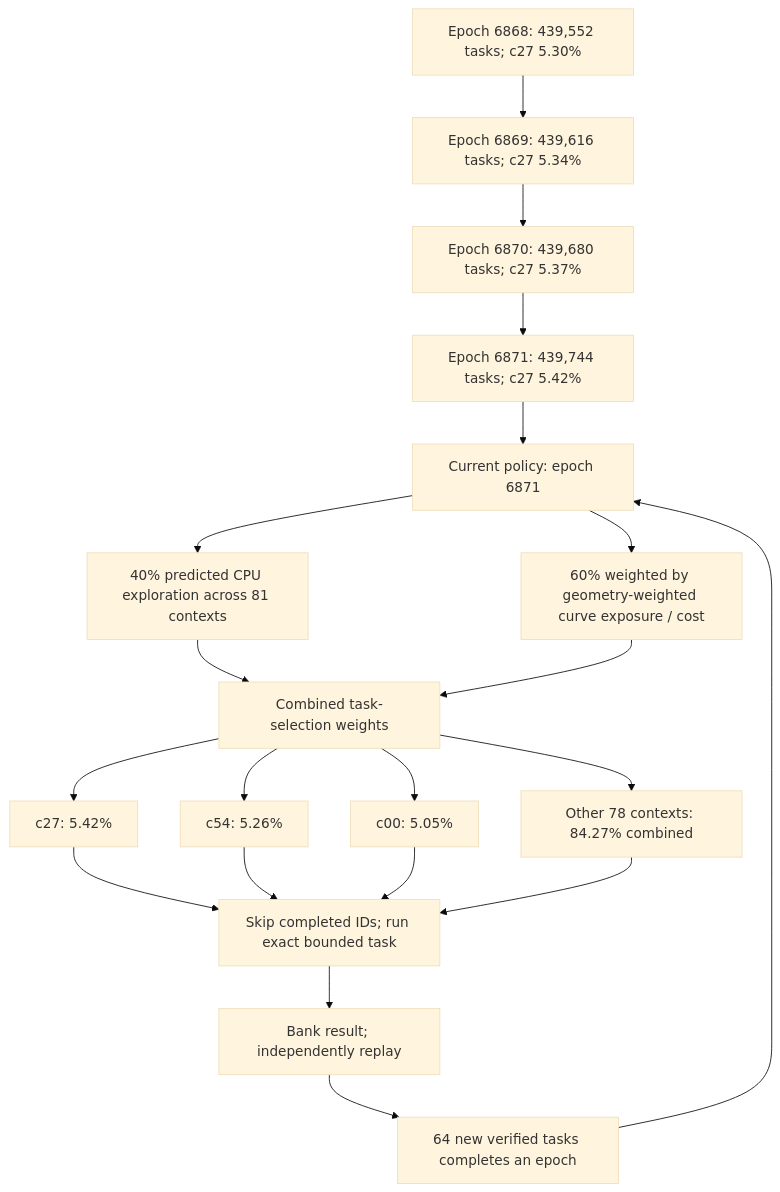
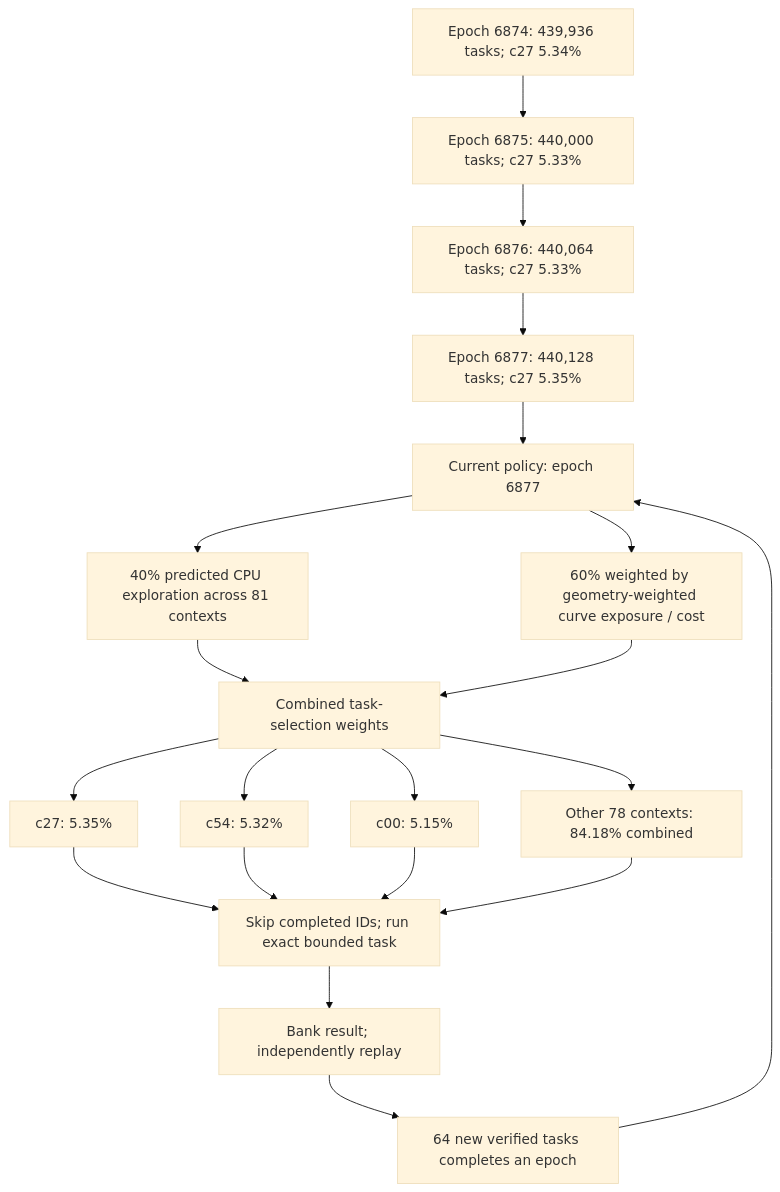
The first of 4 diagrams in README.md (Kuberwastaken/math-gambling), drawn with Mermaid (base theme) before and after one commit. The commit also changed other lines of this file and 1414 other files, not shown here.

````diff
--- a/README.md
+++ b/README.md
@@ -60,27 +60,27 @@
 ```mermaid
 flowchart TD
-    H0["Epoch 6868: 439,552 tasks; c27 5.30%"]
-    H1["Epoch 6869: 439,616 tasks; c27 5.34%"]
+    H0["Epoch 6874: 439,936 tasks; c27 5.34%"]
+    H1["Epoch 6875: 440,000 tasks; c27 5.33%"]
     H0 --> H1
-    H2["Epoch 6870: 439,680 tasks; c27 5.37%"]
+    H2["Epoch 6876: 440,064 tasks; c27 5.33%"]
     H1 --> H2
-    H3["Epoch 6871: 439,744 tasks; c27 5.42%"]
+    H3["Epoch 6877: 440,128 tasks; c27 5.35%"]
     H2 --> H3
-    Policy["Current policy: epoch 6871"]
+    Policy["Current policy: epoch 6877"]
     H3 --> Policy
     Policy --> Explore["40% predicted CPU exploration across 81 contexts"]
     Policy --> Cost["60% weighted by geometry-weighted curve exposure / cost"]
     Explore --> Mix["Combined task-selection weights"]
     Cost --> Mix
-    Mix --> C0["c27: 5.42%"]
-    Mix --> C1["c54: 5.26%"]
-    Mix --> C2["c00: 5.05%"]
-    Mix --> Rest["Other 78 contexts: 84.27% combined"]
+    Mix --> C0["c27: 5.35%"]
+    Mix --> C1["c54: 5.32%"]
+    Mix --> C2["c00: 5.15%"]
+    Mix --> Rest["Other 78 contexts: 84.18% combined"]
     C0 --> Check["Skip completed IDs; run exact bounded task"]
     C1 --> Check
     C2 --> Check
     Rest --> Check
     Check --> Replay["Bank result; independently replay"]
     Replay --> Gate["64 new verified tasks completes an epoch"]
     Gate --> Policy
 ```
````
